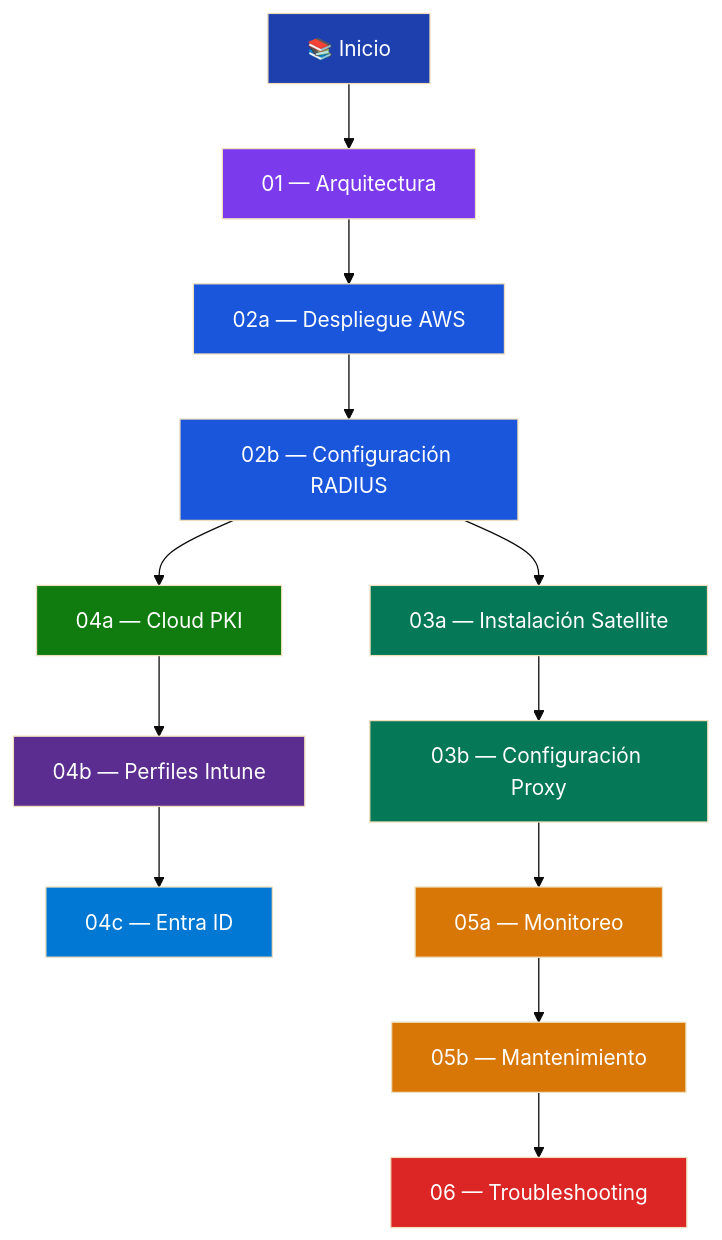
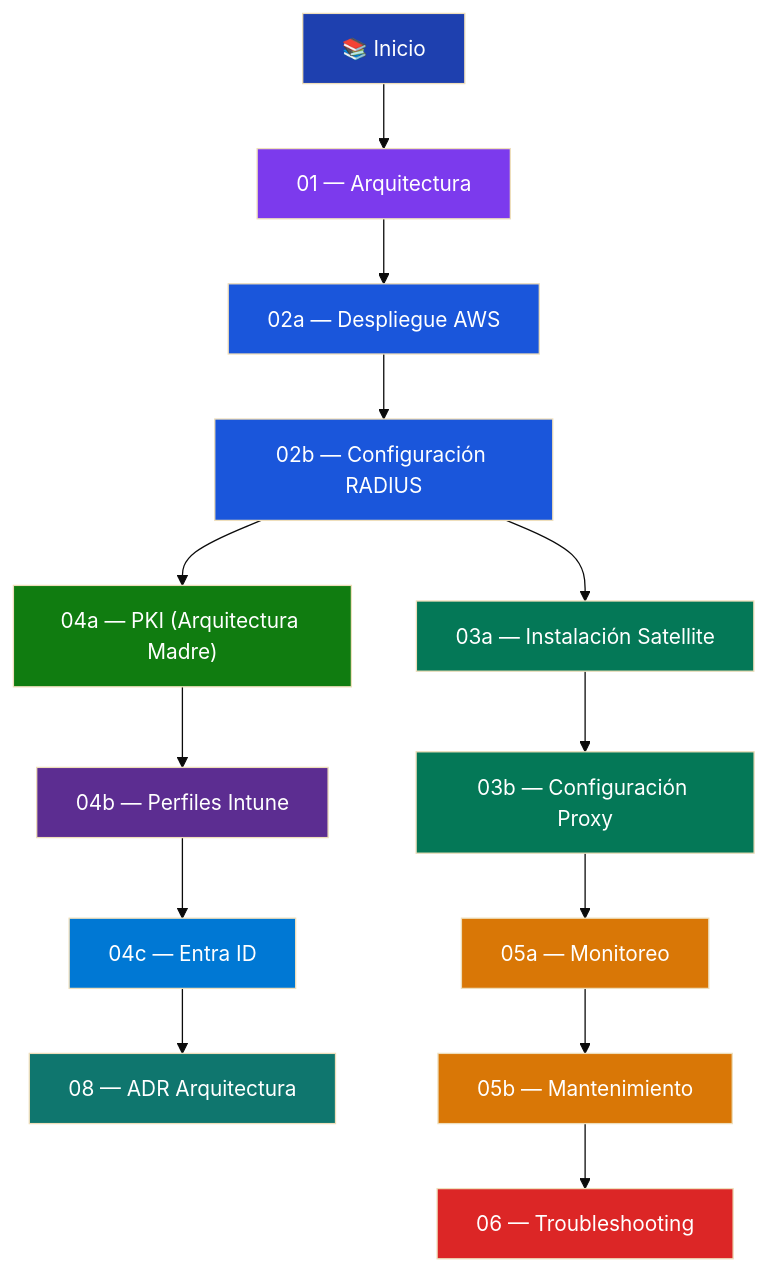
One commit to UPeU-CRAI/upeu-mothership-radius changed the diagram in docs/00-indice.md. Above: the diagram before and after it, drawn with Mermaid (base theme). The commit also changed other lines of this file and 4 other files, not shown here.

````diff
--- a/docs/00-indice.md
+++ b/docs/00-indice.md
@@ -10,29 +10,31 @@
 ```mermaid
 flowchart TD
     START["📚 Inicio"] --> ARCH["01 — Arquitectura"]
     ARCH --> DEPLOY["02a — Despliegue AWS"]
     DEPLOY --> CONFIG["02b — Configuración RADIUS"]
     CONFIG --> INSTALL["03a — Instalación Satellite"]
     INSTALL --> PROXY["03b — Configuración Proxy"]
     
-    CONFIG --> PKI["04a — Cloud PKI"]
+    CONFIG --> PKI["04a — PKI (Arquitectura Madre)"]
     PKI --> INTUNE["04b — Perfiles Intune"]
     INTUNE --> ENTRA["04c — Entra ID"]
+    ENTRA --> ADR["08 — ADR Arquitectura"]
     
     PROXY --> MON["05a — Monitoreo"]
     MON --> MAINT["05b — Mantenimiento"]
     MAINT --> TROUBLE["06 — Troubleshooting"]
 
     style START fill:#1e40af,color:#fff
     style ARCH fill:#7c3aed,color:#fff
     style DEPLOY fill:#1a56db,color:#fff
     style CONFIG fill:#1a56db,color:#fff
     style INSTALL fill:#047857,color:#fff
     style PROXY fill:#047857,color:#fff
     style PKI fill:#107c10,color:#fff
     style INTUNE fill:#5c2d91,color:#fff
     style ENTRA fill:#0078d4,color:#fff
+    style ADR fill:#0f766e,color:#fff
     style MON fill:#d97706,color:#fff
     style MAINT fill:#d97706,color:#fff
     style TROUBLE fill:#dc2626,color:#fff
 ```
````
